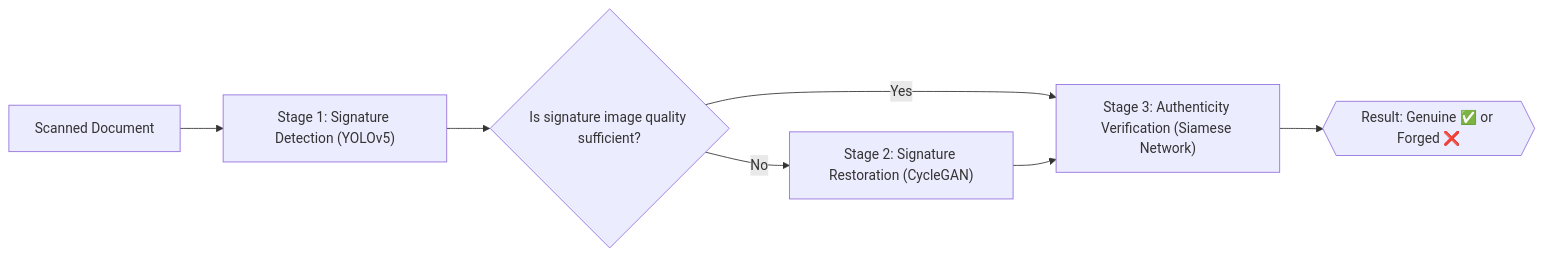
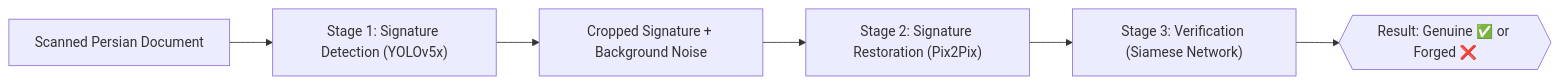
The diagram in README.md (KianShojaei/Persian-Signature-Detection-Restoration-and-Verification), drawn with Mermaid before and after one commit. The commit also changed other lines of this file, not shown here.

````diff
--- a/README.md
+++ b/README.md
@@ -59,9 +57,8 @@
 ```mermaid
 flowchart LR
-    A[Scanned Document] --> B["Stage 1: Signature Detection (YOLOv5)"]
-    B --> C{Is signature image quality sufficient?}
-    C -- No --> D["Stage 2: Signature Restoration (CycleGAN)"]
-    C -- Yes --> E["Stage 3: Authenticity Verification (Siamese Network)"]
-    D --> E
+    A[Scanned Persian Document] --> B["Stage 1: Signature Detection (YOLOv5x)"]
+    B --> C[Cropped Signature + Background Noise]
+    C --> D["Stage 2: Signature Restoration (Pix2Pix)"]
+    D --> E["Stage 3: Verification (Siamese Network)"]
     E --> F{{"Result: Genuine ✅ or Forged ❌"}}
 ```
````
